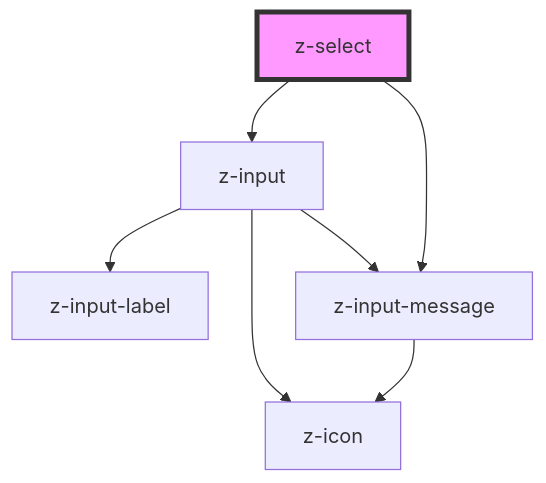
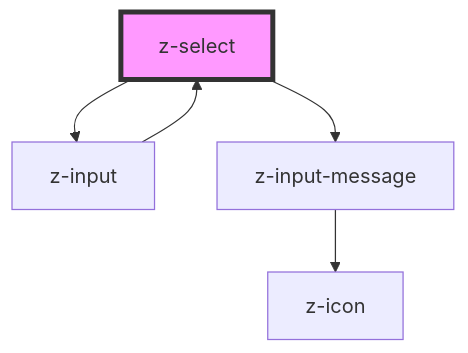
Before and after one commit to ZanichelliEditore/design-system: the diagram in src/components/inputs/z-select/readme.md, drawn with Mermaid. The commit also changed other lines of this file and 2 other files, not shown here.

Commit message:
feat: z-select open handling + scroll to element by letter

````diff
--- a/src/components/inputs/z-select/readme.md
+++ b/src/components/inputs/z-select/readme.md
@@ -55,10 +59,8 @@
 ```mermaid
 graph TD;
   z-select --> z-input
   z-select --> z-input-message
-  z-input --> z-input-label
-  z-input --> z-icon
-  z-input --> z-input-message
+  z-input --> z-select
   z-input-message --> z-icon
   style z-select fill:#f9f,stroke:#333,stroke-width:4px
 ```
````
